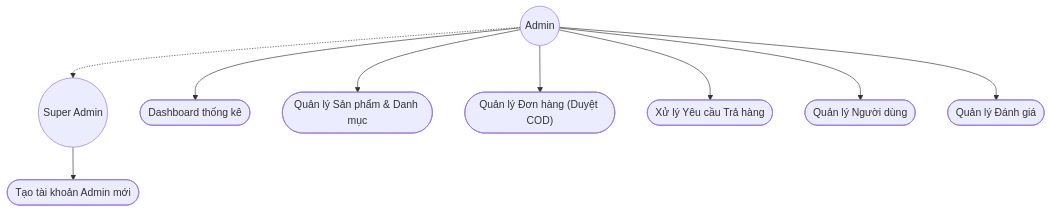
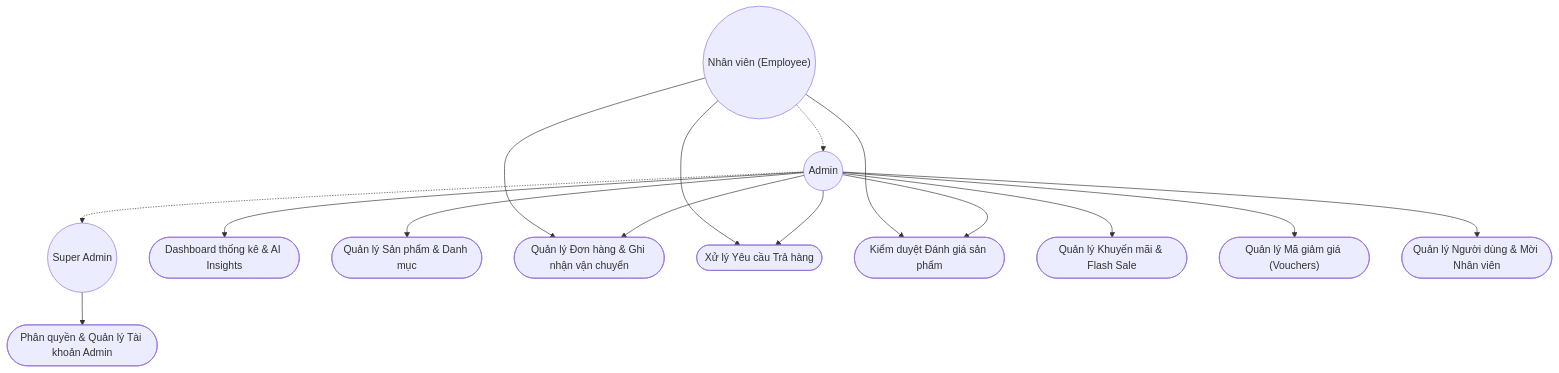
The diagram in docs/diagrams/use_case_admin.md (trungta897/Ecommerce-with-suggestion), drawn with Mermaid before and after one commit. The commit also changed other lines of this file and 16 other files, not shown here.

Commit message:
docs(diagrams): sync dfd, sequence, use cases and add recsys evaluation report

````diff
--- a/docs/diagrams/use_case_admin.md
+++ b/docs/diagrams/use_case_admin.md
@@ -5,24 +5,34 @@
 ```mermaid
 flowchart TD
+    Employee(("Nhân viên (Employee)"))
     Admin(("Admin"))
     SAdmin(("Super Admin"))
 
+    Employee -.-> Admin
     Admin -.-> SAdmin
 
-    UC1(["Dashboard thống kê"])
+    UC1(["Dashboard thống kê & AI Insights"])
     UC2(["Quản lý Sản phẩm & Danh mục"])
-    UC3(["Quản lý Đơn hàng (Duyệt COD)"])
+    UC3(["Quản lý Đơn hàng & Ghi nhận vận chuyển"])
     UC4(["Xử lý Yêu cầu Trả hàng"])
-    UC5(["Quản lý Người dùng"])
-    UC6(["Quản lý Đánh giá"])
-    UC7(["Tạo tài khoản Admin mới"])
+    UC5(["Kiểm duyệt Đánh giá sản phẩm"])
+    UC6(["Quản lý Khuyến mãi & Flash Sale"])
+    UC7(["Quản lý Mã giảm giá (Vouchers)"])
+    UC8(["Quản lý Người dùng & Mời Nhân viên"])
+    UC9(["Phân quyền & Quản lý Tài khoản Admin"])
+
+    Employee --> UC3
+    Employee --> UC4
+    Employee --> UC5
 
     Admin --> UC1
     Admin --> UC2
     Admin --> UC3
     Admin --> UC4
     Admin --> UC5
     Admin --> UC6
+    Admin --> UC7
+    Admin --> UC8
 
-    SAdmin --> UC7
+    SAdmin --> UC9
 ```
````
